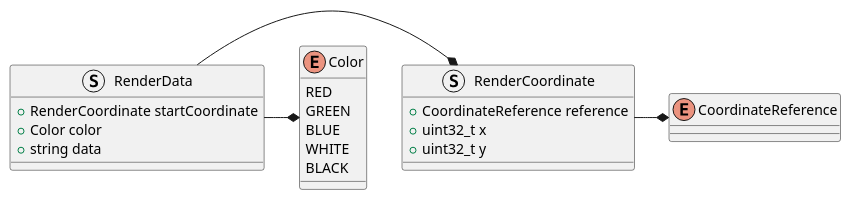
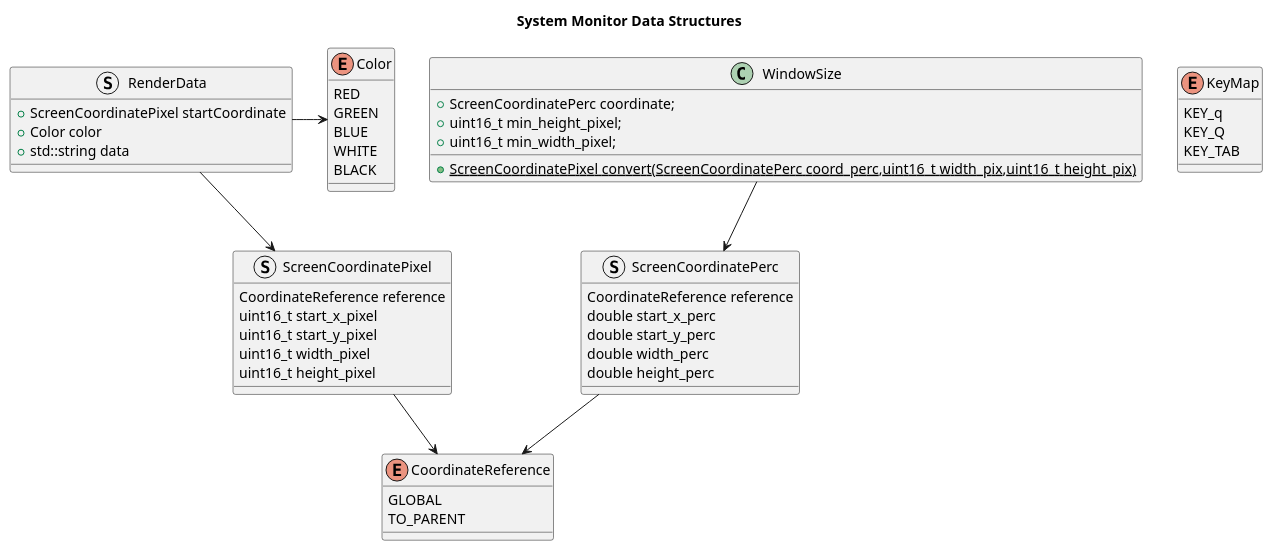
Before and after one commit to dgitz/eros: the diagram in doc/SystemMonitor/DataStructures.puml, drawn with PlantUML. The commit also changed other lines of this file and 44 other files, not shown here.

```diff
--- a/doc/SystemMonitor/DataStructures.puml
+++ b/doc/SystemMonitor/DataStructures.puml
@@ -1,26 +1,56 @@
 @startuml
+title "System Monitor Data Structures"
 enum CoordinateReference {
+    GLOBAL
+    TO_PARENT
+}
+enum KeyMap { 
+    KEY_q
+    KEY_Q
+    KEY_TAB 
+}
 
-}
 enum Color {
     RED
     GREEN
     BLUE
     WHITE
     BLACK
 }
-struct RenderCoordinate {
-    +CoordinateReference reference
-    +uint32_t x
-    +uint32_t y
+struct ScreenCoordinatePerc {
+    CoordinateReference reference
+    double start_x_perc
+    double start_y_perc
+    double width_perc
+    double height_perc
 }
-RenderCoordinate -* CoordinateReference
+ScreenCoordinatePerc --> CoordinateReference
+struct ScreenCoordinatePixel {
+    CoordinateReference reference
+    uint16_t start_x_pixel
+    uint16_t start_y_pixel
+    uint16_t width_pixel
+    uint16_t height_pixel
+}
+
+ScreenCoordinatePixel --> CoordinateReference
 struct RenderData {
-    +RenderCoordinate startCoordinate
+    +ScreenCoordinatePixel startCoordinate
     +Color color
-    +string data
+    +std::string data
+}
+class WindowSize
+{
 
+    +{static} ScreenCoordinatePixel convert(ScreenCoordinatePerc coord_perc,uint16_t width_pix,uint16_t height_pix)
+    +ScreenCoordinatePerc coordinate;
+    +uint16_t min_height_pixel;
+    +uint16_t min_width_pixel;
 }
-RenderData -* RenderCoordinate
-RenderData -* Color
+WindowSize --> ScreenCoordinatePerc
+RenderData --> ScreenCoordinatePixel
+RenderData -> Color
+
+
+
 @enduml
```
